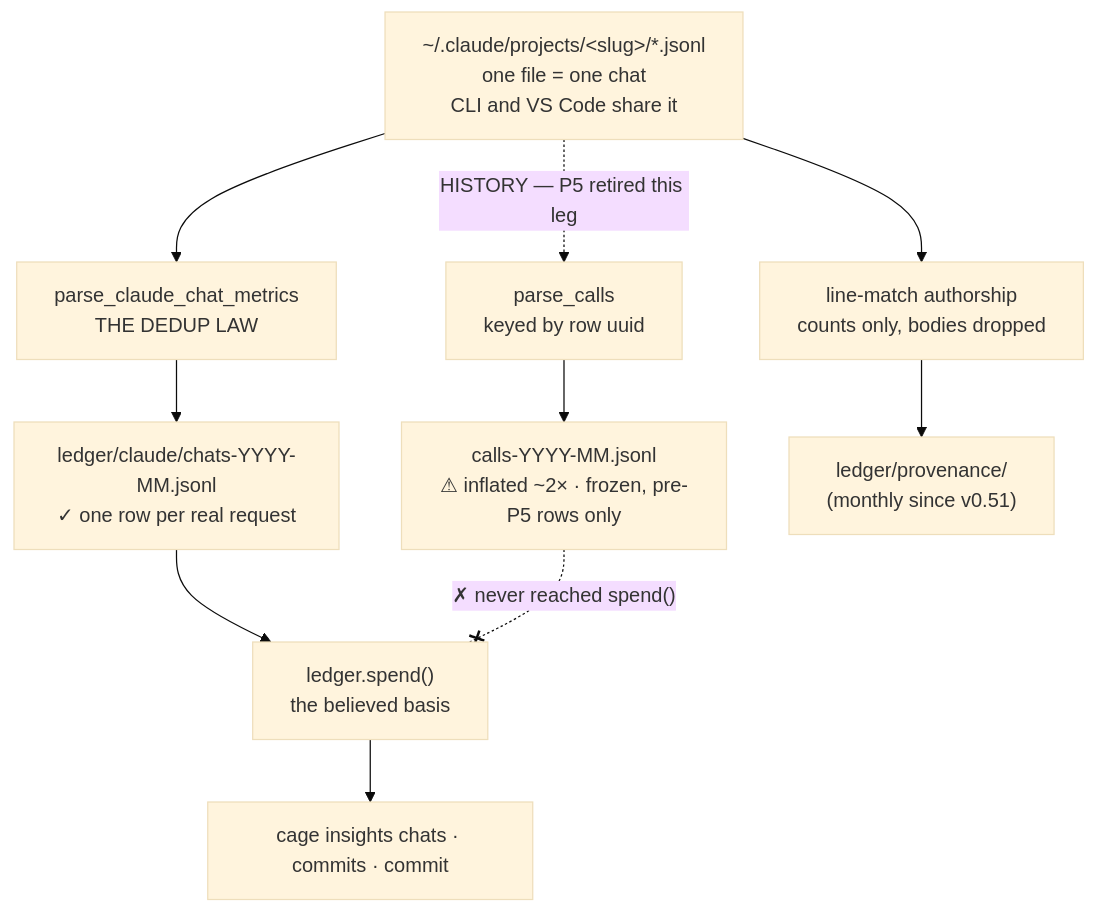
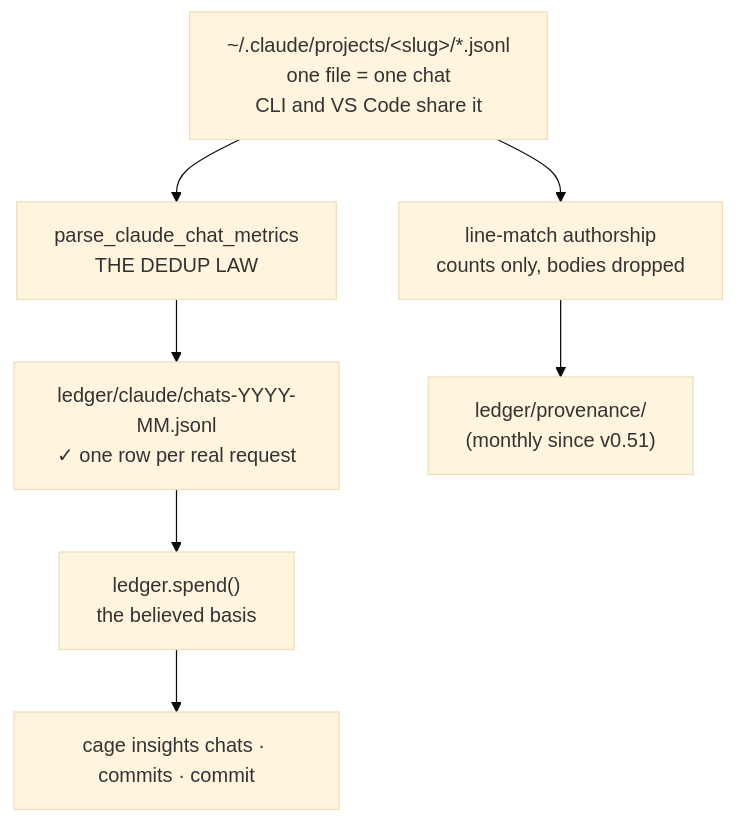
Before and after one commit to arpitarya/cage: the diagram in docs/adr/0003_claude.md, drawn with Mermaid (base theme). The commit also changed other lines of this file and 2 other files, not shown here.

First line of the commit message:
STUDY-CUT follow-ups: the scaffold's two stale comments, and ADR-CLAUDE's retired leg

````diff
--- a/docs/adr/0003_claude.md
+++ b/docs/adr/0003_claude.md
@@ -45,13 +45,10 @@
 ```mermaid
 flowchart TD
     T["~/.claude/projects/&lt;slug&gt;/*.jsonl<br/>one file = one chat<br/>CLI and VS Code share it"]
-    T -.->|"HISTORY — P5 retired this leg"| P1["parse_calls<br/>keyed by row uuid"]
     T --> P2["parse_claude_chat_metrics<br/>THE DEDUP LAW"]
-    P1 --> C["calls-YYYY-MM.jsonl<br/>⚠ inflated ~2× · frozen, pre-P5 rows only"]
     P2 --> M["ledger/claude/chats-YYYY-MM.jsonl<br/>✓ one row per real request"]
     M --> S["ledger.spend()<br/>the believed basis"]
-    C -. "✗ never reached spend()" .-x S
     S --> V["cage insights chats · commits · commit"]
     T --> A["line-match authorship<br/>counts only, bodies dropped"]
     A --> PR["ledger/provenance/<br/>(monthly since v0.51)"]
 ```
````
